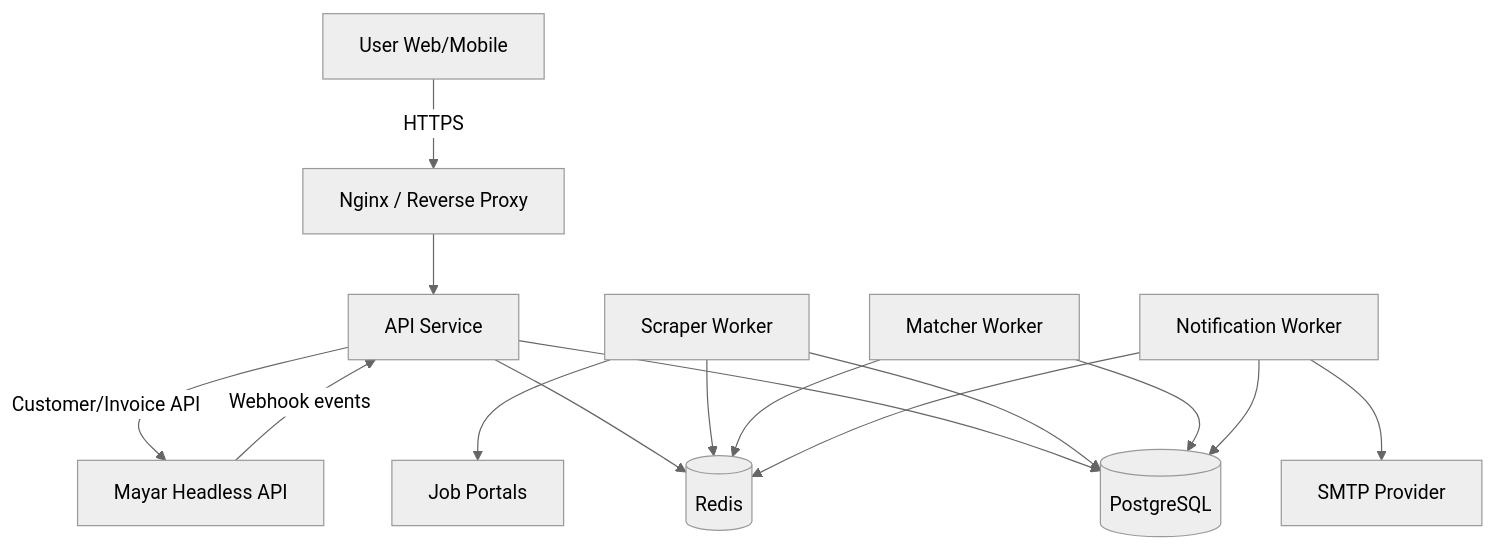
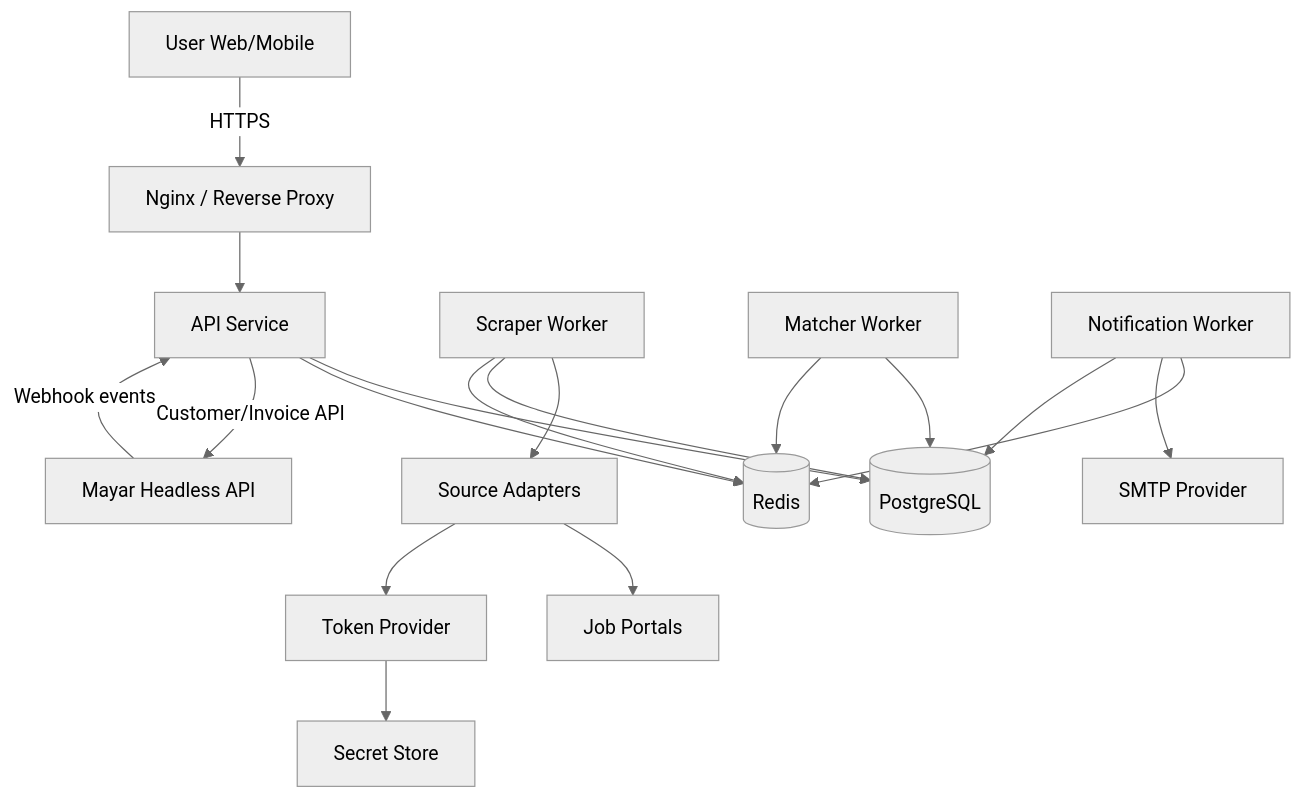
One commit to salmanabdurrahman/bisakerja.com changed the diagram in docs/architecture/system_architecture.md. Above: the diagram before and after it, drawn with Mermaid (neutral theme). The commit also changed other lines of this file and 14 other files, not shown here.

````diff
--- a/docs/architecture/system_architecture.md
+++ b/docs/architecture/system_architecture.md
@@ -7,21 +7,24 @@
 ```mermaid
 graph TD
   U[User Web/Mobile] -->|HTTPS| NGINX[Nginx / Reverse Proxy]
   NGINX --> API[API Service]
   API --> PG[(PostgreSQL)]
   API --> R[(Redis)]
 
-  SCRAPER[Scraper Worker] --> PG
+  SCRAPER[Scraper Worker] --> ADAPTERS[Source Adapters]
+  ADAPTERS --> PORTALS[Job Portals]
+  ADAPTERS --> TOK[Token Provider]
+  TOK --> SEC[Secret Store]
+  SCRAPER --> PG
   SCRAPER --> R
-  SCRAPER --> PORTALS[Job Portals]
 
   MATCHER[Matcher Worker] --> PG
   MATCHER --> R
 
   NOTIFIER[Notification Worker] --> R
   NOTIFIER --> SMTP[SMTP Provider]
   NOTIFIER --> PG
 
   API -->|Customer/Invoice API| MAYAR_API[Mayar Headless API]
   MAYAR_API -->|Webhook events| API
 ```
````
